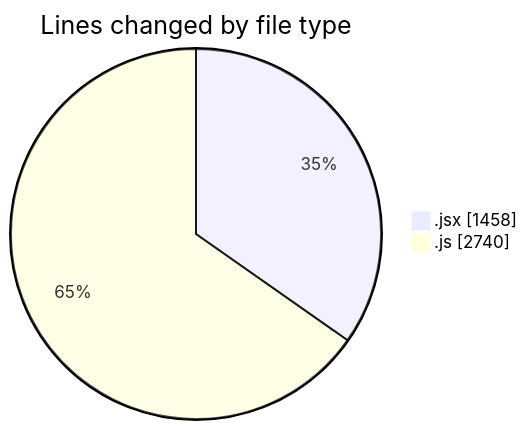
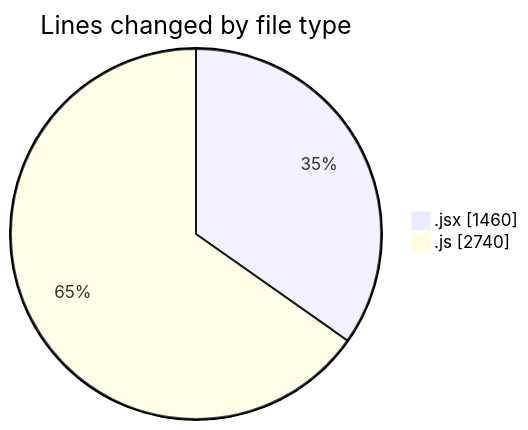
Before and after one commit to nxtqubesakshisongat/code-tracking: the first of 2 diagrams in 2025-11-07/nxtqube_webapp/README.md, drawn with Mermaid. The commit also changed other lines of this file and 1 other file, not shown here.

````diff
--- a/2025-11-07/nxtqube_webapp/README.md
+++ b/2025-11-07/nxtqube_webapp/README.md
@@ -25,6 +25,6 @@
 ```mermaid
 pie showData
 title Lines changed by file type
-".jsx" : 1458
+".jsx" : 1460
 ".js" : 2740
 ```
````
